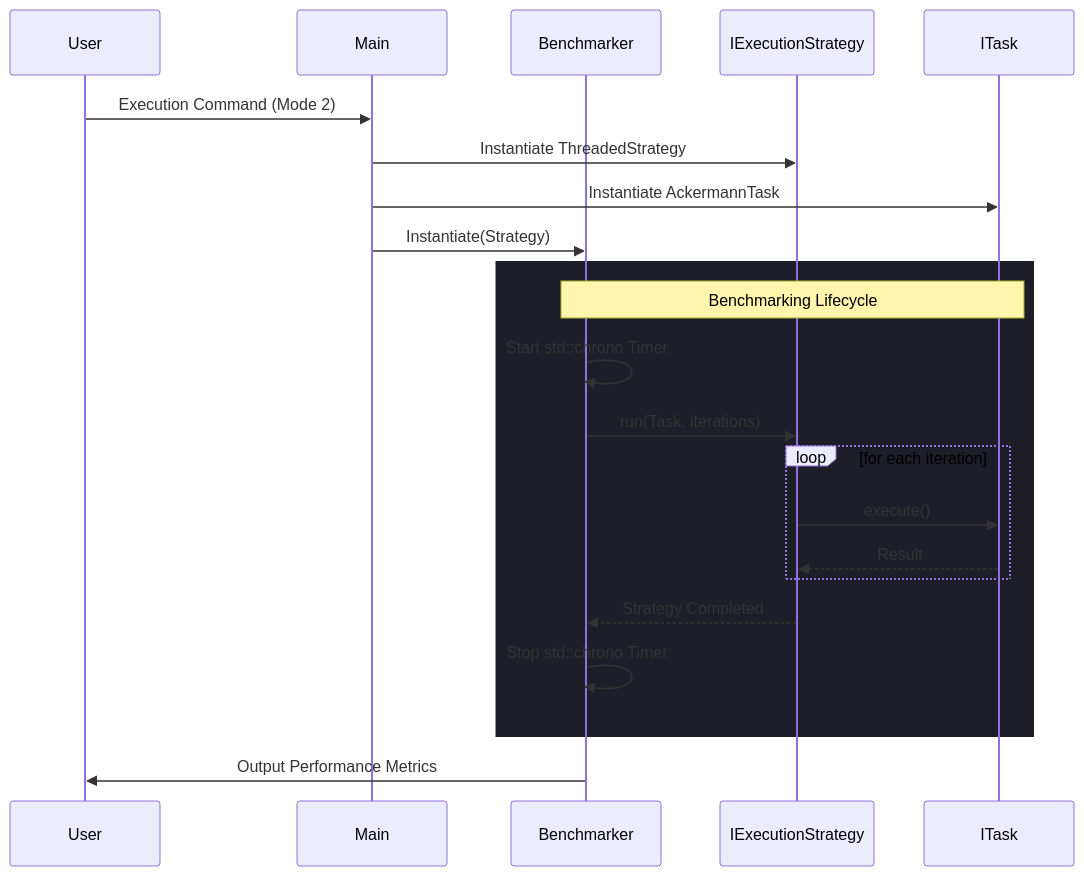
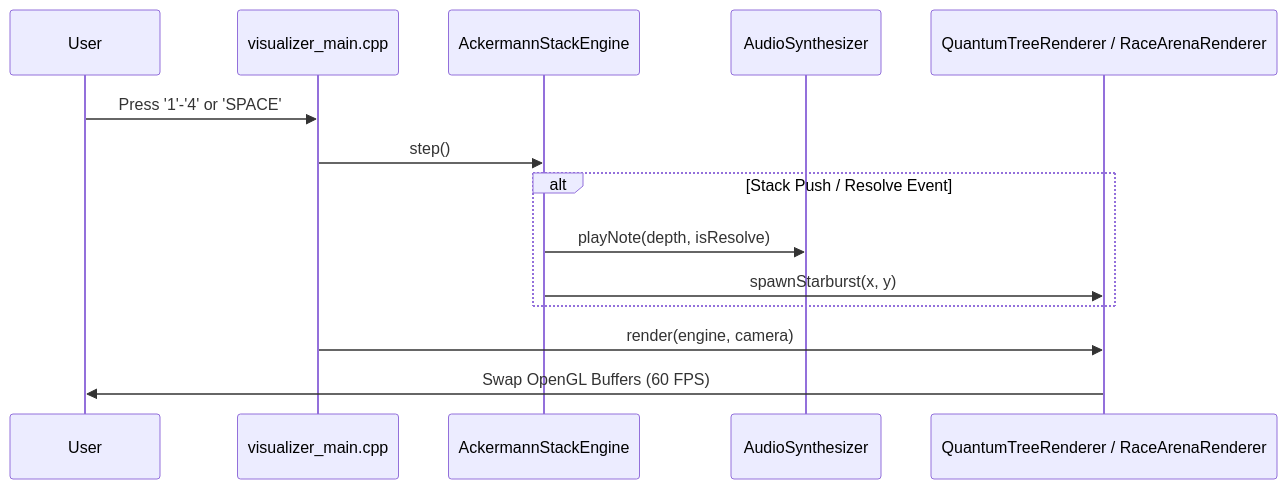
The third of 3 diagrams in docs/architecture.md (AhmadHassan-BTed/ThreadRace), drawn with Mermaid before and after one commit. The commit also changed other lines of this file and 8 other files, not shown here.

Commit message:
docs: update project documentation, workflow, and visualizer assets for ThreadRace

````diff
--- a/docs/architecture.md
+++ b/docs/architecture.md
@@ -99,29 +188,19 @@
 ```mermaid
 sequenceDiagram
     participant User
-    participant Main
-    participant Bench as Benchmarker
-    participant Strategy as IExecutionStrategy
-    participant Task as ITask
+    participant VisMain as visualizer_main.cpp
+    participant StackEngine as AckermannStackEngine
+    participant Audio as AudioSynthesizer
+    participant Renderer as QuantumTreeRenderer / RaceArenaRenderer
 
-    User->>Main: Execution Command (Mode 2)
-    Main->>Strategy: Instantiate ThreadedStrategy
-    Main->>Task: Instantiate AckermannTask
-    Main->>Bench: Instantiate(Strategy)
-
-    rect rgb(30, 30, 40)
-    Note over Bench, Task: Benchmarking Lifecycle
-    Bench->>Bench: Start std::chrono Timer
-    Bench->>Strategy: run(Task, iterations)
-
-    loop for each iteration
-        Strategy->>Task: execute()
-        Task-->>Strategy: Result
+    User->>VisMain: Press '1'-'4' or 'SPACE'
+    VisMain->>StackEngine: step()
+    
+    alt Stack Push / Resolve Event
+        StackEngine->>Audio: playNote(depth, isResolve)
+        StackEngine->>Renderer: spawnStarburst(x, y)
     end
 
-    Strategy-->>Bench: Strategy Completed
-    Bench->>Bench: Stop std::chrono Timer
-    end
-
-    Bench->>User: Output Performance Metrics
+    VisMain->>Renderer: render(engine, camera)
+    Renderer->>User: Swap OpenGL Buffers (60 FPS)
 ```
````
